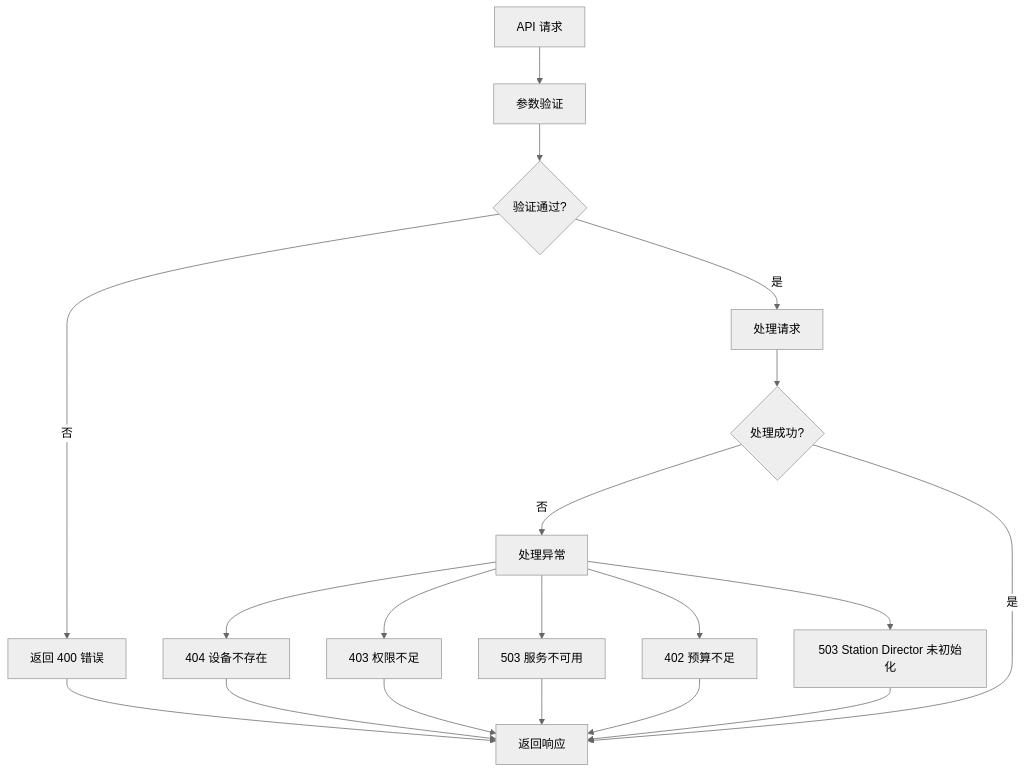
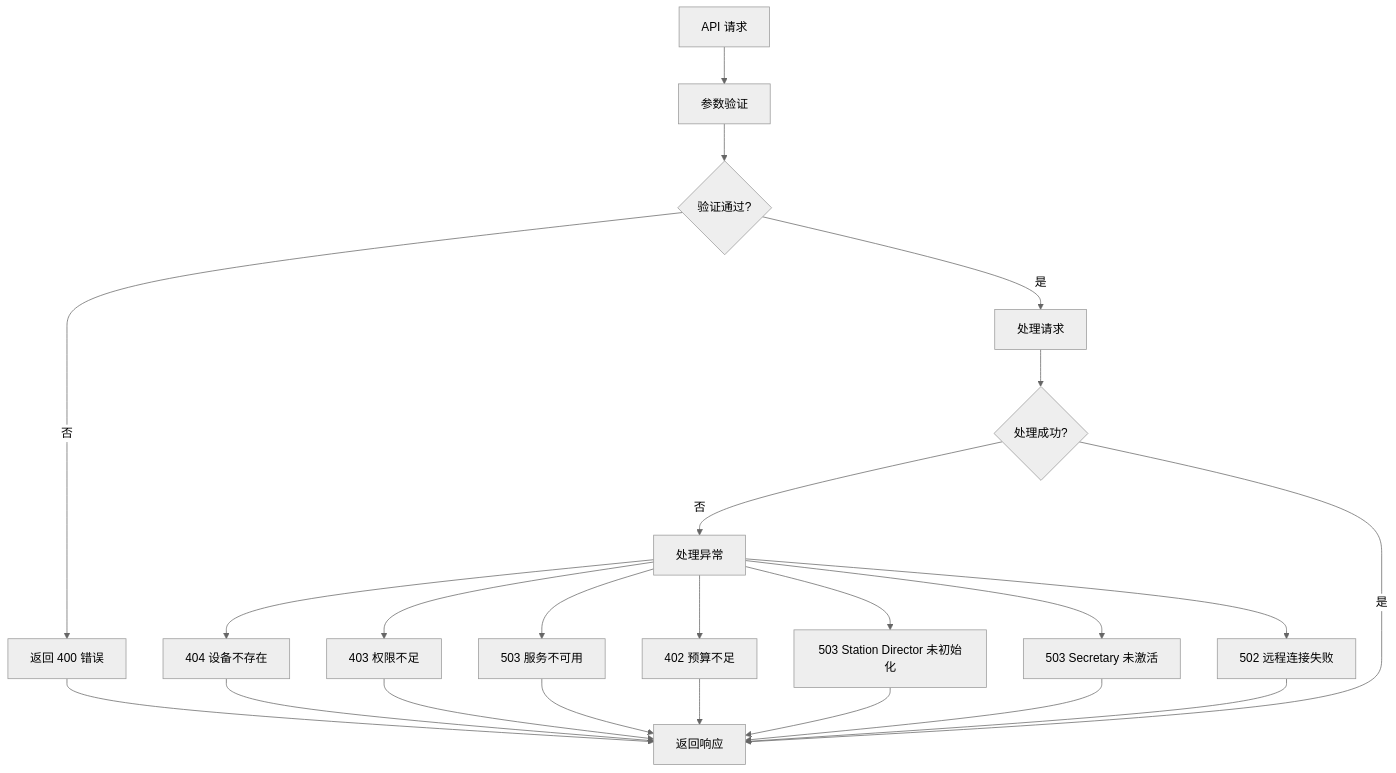
The fifth of 5 diagrams in .qoder/repowiki/zh/content/Web API 接口/Web API 接口.md (targalian/Personal-distributed-workstation), drawn with Mermaid (neutral theme) before and after one commit. The commit also changed other lines of this file and 69 other files, not shown here.

````diff
--- a/.qoder/repowiki/zh/content/Web API 接口/Web API 接口.md
+++ b/.qoder/repowiki/zh/content/Web API 接口/Web API 接口.md
@@ -797,21 +1048,25 @@
 ```mermaid
 flowchart TD
 Request[API 请求] --> Validation[参数验证]
 Validation --> Valid{验证通过?}
 Valid --> |否| ValidationError[返回 400 错误]
 Valid --> |是| Process[处理请求]
 Process --> Success{处理成功?}
 Success --> |否| ProcessError[处理异常]
 Success --> |是| Response[返回响应]
 ProcessError --> NotFound[404 设备不存在]
 ProcessError --> Forbidden[403 权限不足]
 ProcessError --> ServiceUnavailable[503 服务不可用]
 ProcessError --> PaymentRequired[402 预算不足]
 ProcessError --> StationNotInitialized[503 Station Director 未初始化]
+ProcessError --> RoleNotActive[503 Secretary 未激活]
+ProcessError --> RemoteConnection[502 远程连接失败]
 ValidationError --> Response
 NotFound --> Response
 Forbidden --> Response
 ServiceUnavailable --> Response
 PaymentRequired --> Response
 StationNotInitialized --> Response
+RoleNotActive --> Response
+RemoteConnection --> Response
 ```
````
